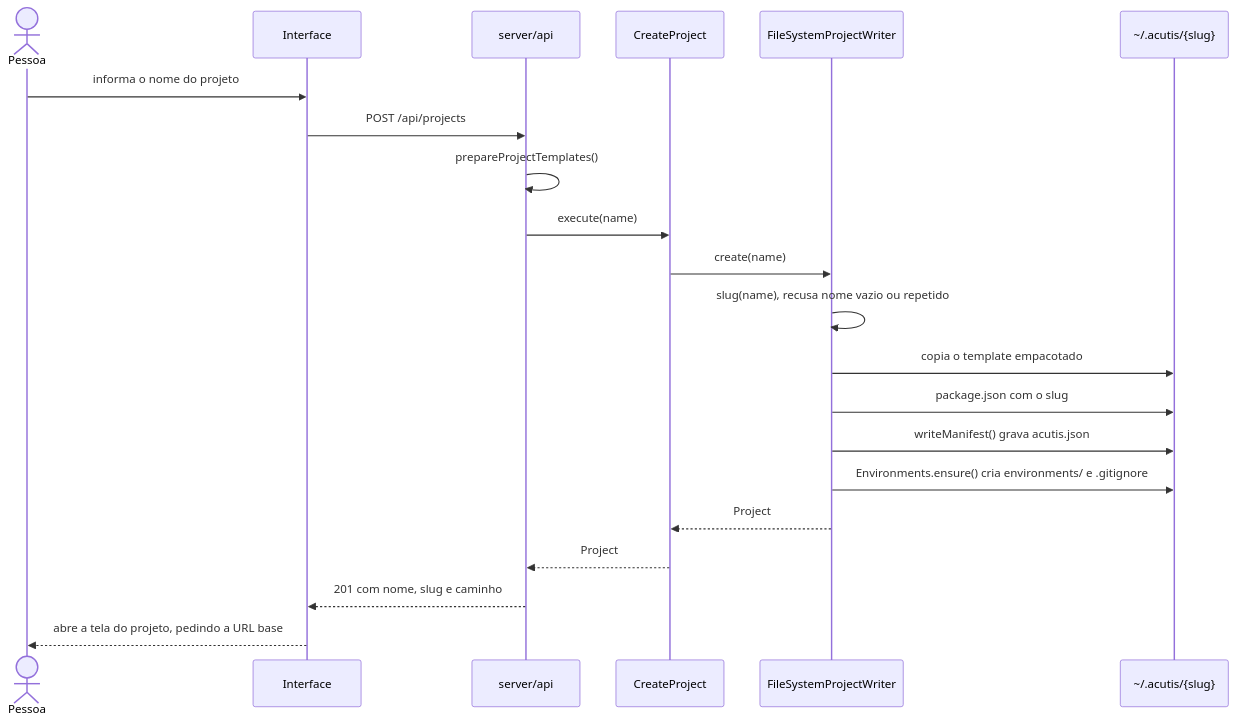
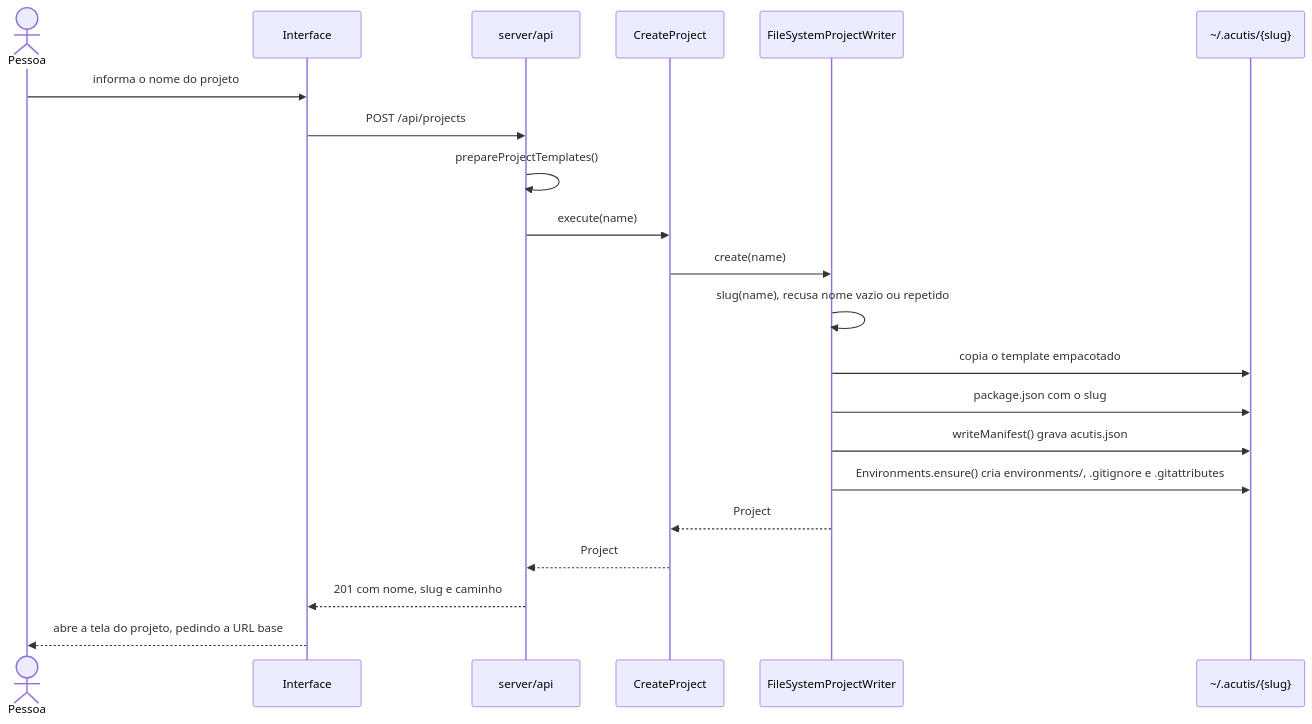
Before and after one commit to KauanCalheiro/acutis: the second of 28 diagrams in docs/DIAGRAMS/SEQUENCE-DIAGRAMS.md, drawn with Mermaid. The commit also changed other lines of this file and 7 other files, not shown here.

````diff
--- a/docs/DIAGRAMS/SEQUENCE-DIAGRAMS.md
+++ b/docs/DIAGRAMS/SEQUENCE-DIAGRAMS.md
@@ -29,24 +68,24 @@
 ```mermaid
 sequenceDiagram
   actor Pessoa
   participant App as Interface
   participant API as server/api
   participant UC as CreateProject
   participant W as FileSystemProjectWriter
   participant FS as ~/.acutis/{slug}
 
   Pessoa->>App: informa o nome do projeto
   App->>API: POST /api/projects
   API->>API: prepareProjectTemplates()
   API->>UC: execute(name)
   UC->>W: create(name)
   W->>W: slug(name), recusa nome vazio ou repetido
   W->>FS: copia o template empacotado
   W->>FS: package.json com o slug
   W->>FS: writeManifest() grava acutis.json
-  W->>FS: Environments.ensure() cria environments/ e .gitignore
+  W->>FS: Environments.ensure() cria environments/, .gitignore e .gitattributes
   W-->>UC: Project
   UC-->>API: Project
   API-->>App: 201 com nome, slug e caminho
   App-->>Pessoa: abre a tela do projeto, pedindo a URL base
 ```
````
